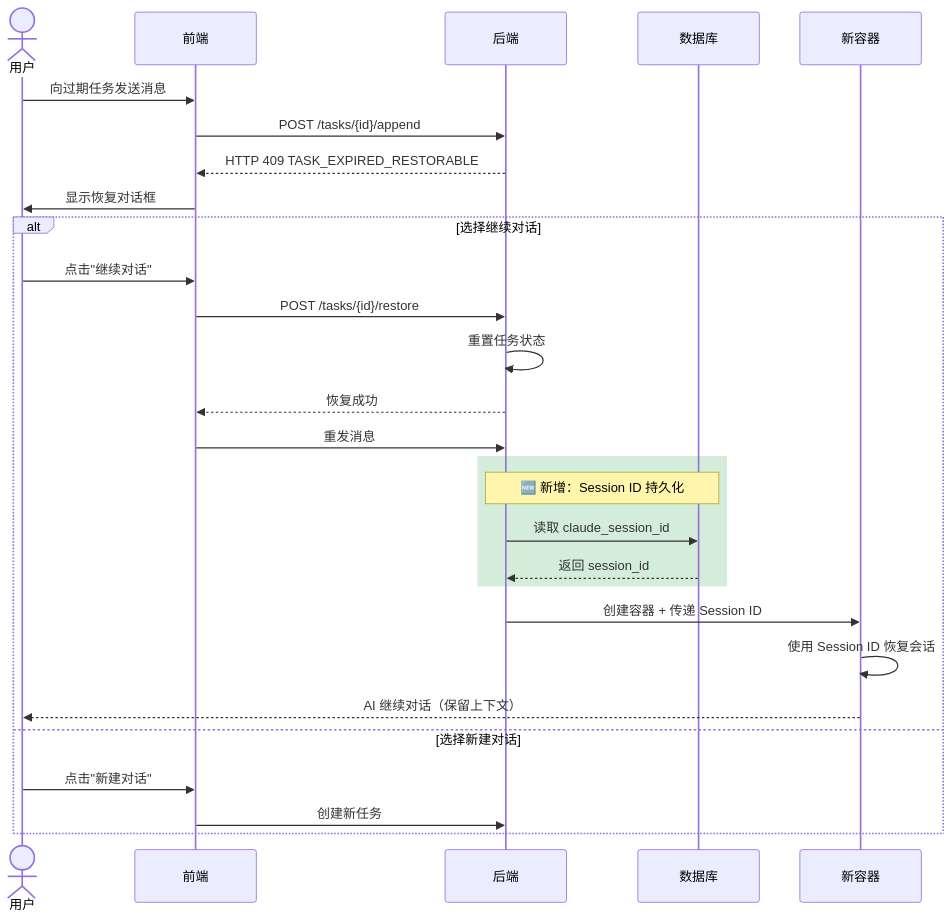
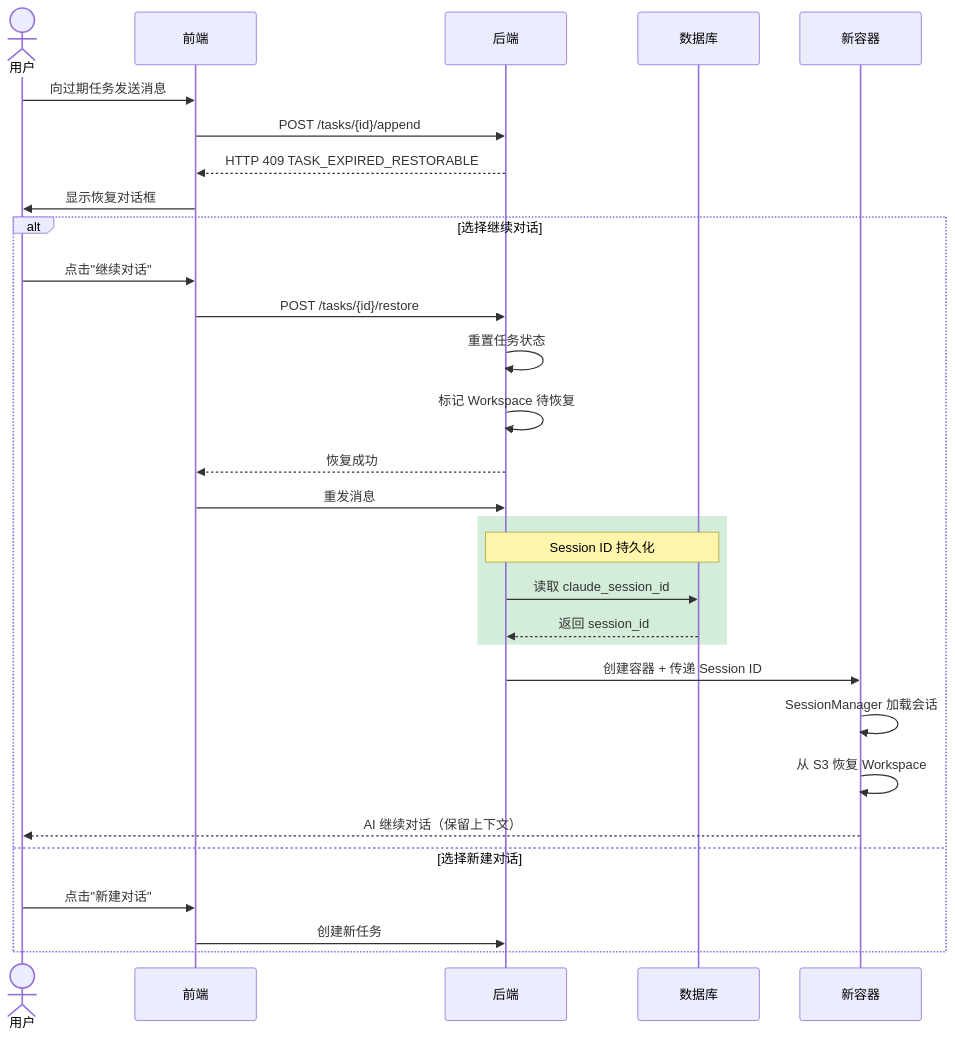
One commit to wecode-ai/Wegent changed the second of 10 diagrams in docs/zh/features/task-restore.md. Above: the diagram before and after it, drawn with Mermaid. The commit also changed other lines of this file, not shown here.

````diff
--- a/docs/zh/features/task-restore.md
+++ b/docs/zh/features/task-restore.md
@@ -47,32 +44,34 @@
 ```mermaid
 sequenceDiagram
     actor 用户
     participant 前端
     participant 后端
     participant 数据库
     participant 新容器
 
     用户->>前端: 向过期任务发送消息
     前端->>后端: POST /tasks/{id}/append
     后端-->>前端: HTTP 409 TASK_EXPIRED_RESTORABLE
     前端->>用户: 显示恢复对话框
 
     alt 选择继续对话
         用户->>前端: 点击"继续对话"
         前端->>后端: POST /tasks/{id}/restore
         后端->>后端: 重置任务状态
+        后端->>后端: 标记 Workspace 待恢复
         后端-->>前端: 恢复成功
         前端->>后端: 重发消息
         rect rgb(212, 237, 218)
-            Note over 后端,数据库: 🆕 新增：Session ID 持久化
+            Note over 后端,数据库: Session ID 持久化
             后端->>数据库: 读取 claude_session_id
             数据库-->>后端: 返回 session_id
         end
         后端->>新容器: 创建容器 + 传递 Session ID
-        新容器->>新容器: 使用 Session ID 恢复会话
+        新容器->>新容器: SessionManager 加载会话
+        新容器->>新容器: 从 S3 恢复 Workspace
         新容器-->>用户: AI 继续对话（保留上下文）
     else 选择新建对话
         用户->>前端: 点击"新建对话"
         前端->>后端: 创建新任务
     end
 ```
````
